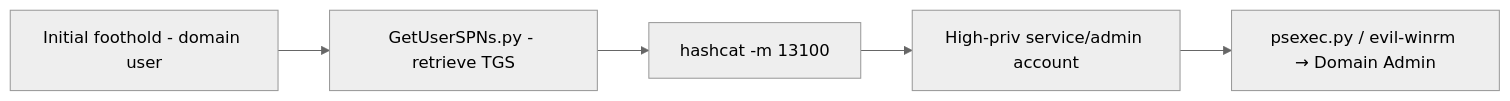
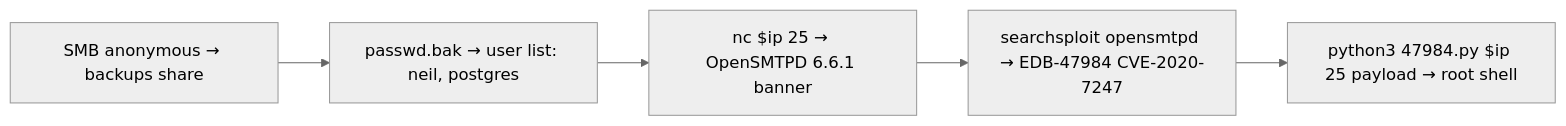
Before and after one commit to morimori-dev/morimori-dev.github.io: the fifth of 7 diagrams in _posts/2026-03-06-tech-windows-privesc-summary.md, drawn with Mermaid (neutral theme). The commit also changed other lines of this file and 1 other file, not shown here.

````diff
--- a/_posts/2026-03-06-tech-windows-privesc-summary.md
+++ b/_posts/2026-03-06-tech-windows-privesc-summary.md
@@ -391,7 +188,7 @@
 ```mermaid
 flowchart LR
-    A[Initial foothold - domain user] --> B[GetUserSPNs.py - retrieve TGS]
-    B --> C[hashcat -m 13100]
-    C --> D[High-priv service/admin account]
-    D --> E[psexec.py / evil-winrm → Domain Admin]
+    A[SMB anonymous → backups share] --> B[passwd.bak → user list: neil, postgres]
+    B --> C[nc $ip 25 → OpenSMTPD 6.6.1 banner]
+    C --> D[searchsploit opensmtpd → EDB-47984 CVE-2020-7247]
+    D --> E[python3 47984.py $ip 25 payload → root shell]
 ```
````
